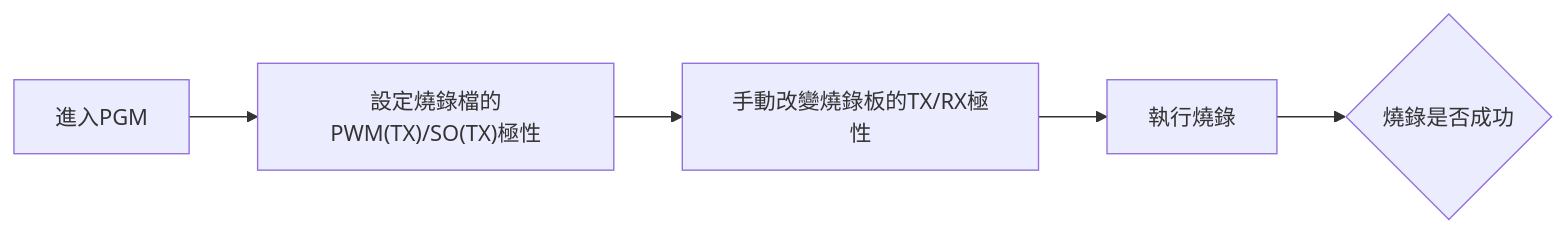
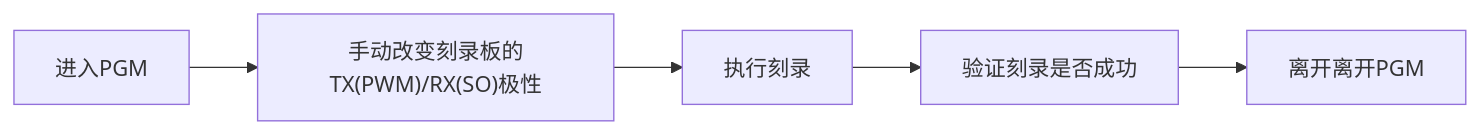
Before and after one commit to billwanggithub/MXXXX: the diagram in README.md, drawn with Mermaid. The commit also changed other lines of this file, not shown here.

````diff
--- a/README.md
+++ b/README.md
@@ -44,7 +50,7 @@
 ```mermaid
 graph LR
-    A[進入PGM] --> B["設定燒錄檔的PWM(TX)/SO(TX)極性"]
-    B --> C["手動改變燒錄板的TX/RX極性"]
-    C --> D[執行燒錄]
-    D --> E{燒錄是否成功}
+    A[进入PGM] --> B["手动改变刻录板的TX(PWM)/RX(SO)极性"]
+    B --> C[执行刻录]
+    C --> D[验证刻录是否成功]
+    D --> E[离开离开PGM]
 ```
````
